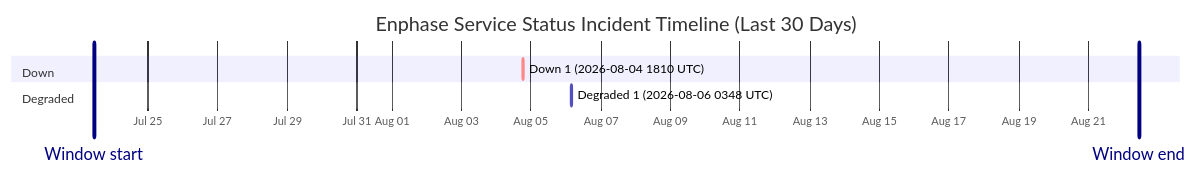
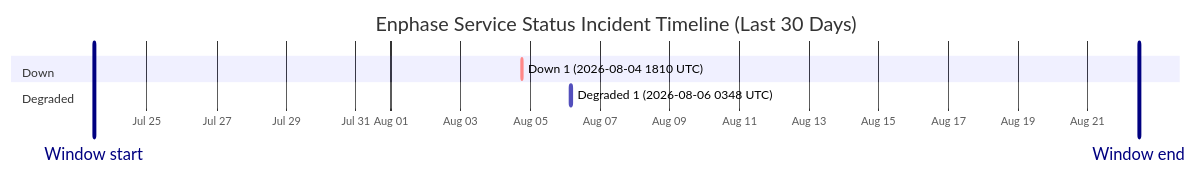
The diagram in wiki/Service-Status-History.md (barneyonline/ha-enphase-energy), drawn with Mermaid before and after one commit. The commit also changed other lines of this file and 3 other files, not shown here.

````diff
--- a/wiki/Service-Status-History.md
+++ b/wiki/Service-Status-History.md
@@ -14,12 +14,12 @@
 ```mermaid
 gantt
     title Enphase Service Status Incident Timeline (Last 30 Days)
     dateFormat  YYYY-MM-DDTHH:mm:ss
     axisFormat  %b %d
-    Window start :vert, window-start, 2026-07-23T10:48:46, 0ms
-    Window end :vert, window-end, 2026-08-22T10:48:46, 0ms
+    Window start :vert, window-start, 2026-07-23T11:18:28, 0ms
+    Window end :vert, window-end, 2026-08-22T11:18:28, 0ms
     section Down
     Down 1 (2026-08-04 1810 UTC) :crit, down-1, 2026-08-04T18:10:46, 60m
     section Degraded
     Degraded 1 (2026-08-06 0348 UTC) :active, degraded-1, 2026-08-06T03:48:14, 60m
 ```
````
